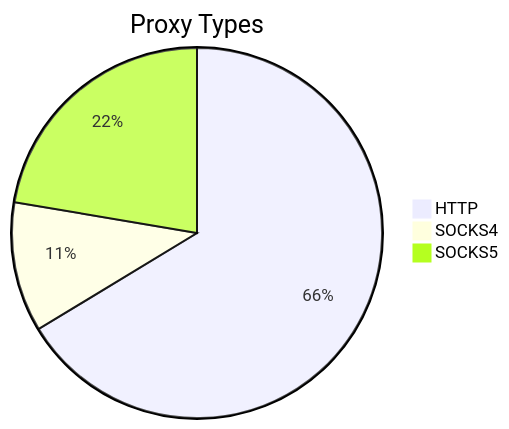
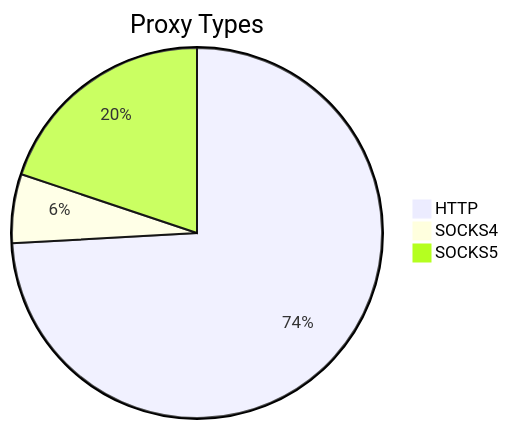
The first of 2 diagrams in README.md (stormsia/proxy-list), drawn with Mermaid before and after one commit. The commit also changed other lines of this file, not shown here.

````diff
--- a/README.md
+++ b/README.md
@@ -21,6 +21,6 @@
 ```mermaid
 pie title Proxy Types
-    "HTTP" : 193
-    "SOCKS4" : 33
-    "SOCKS5" : 65
+    "HTTP" : 209
+    "SOCKS4" : 17
+    "SOCKS5" : 56
 ```
````
